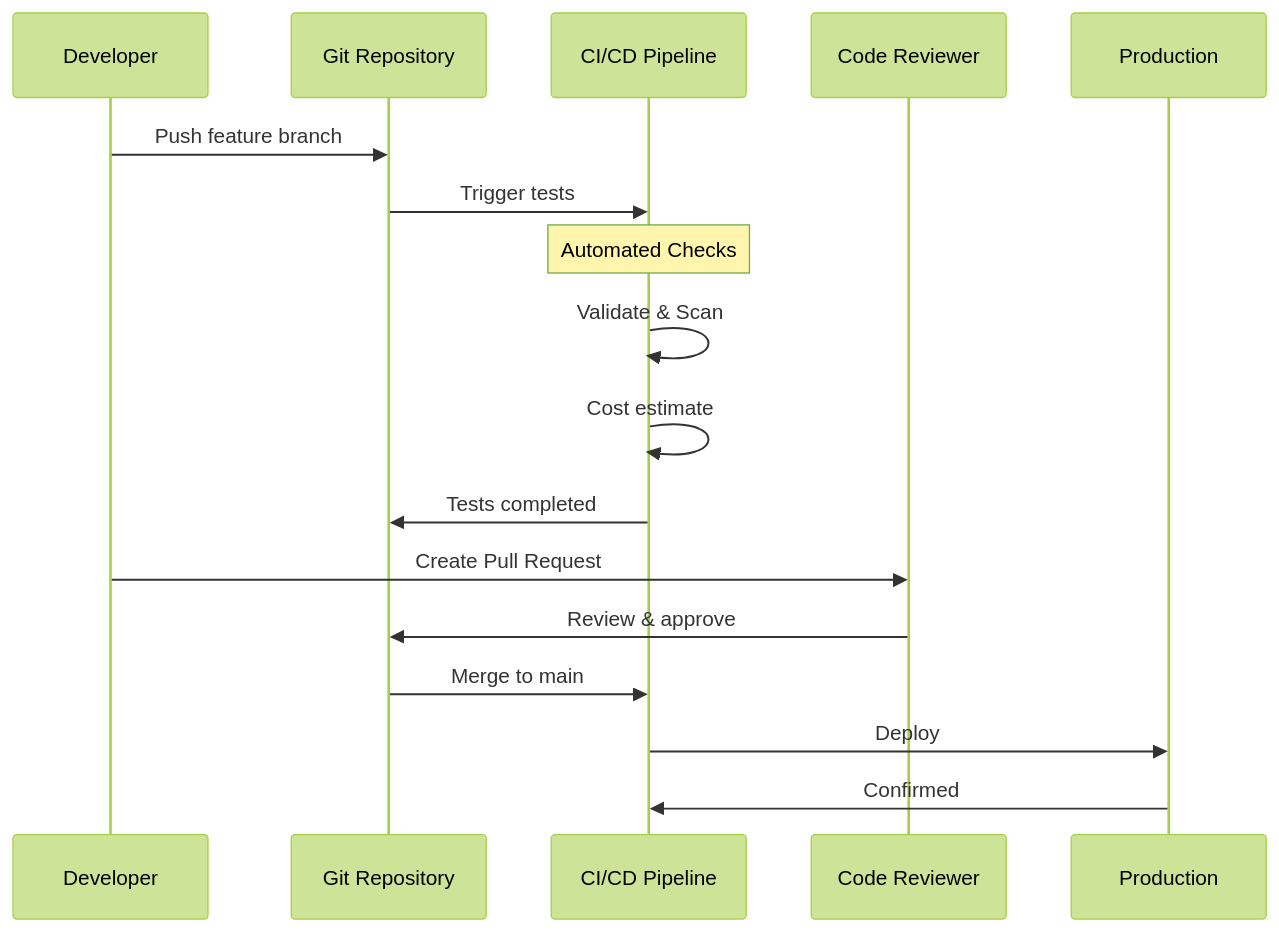
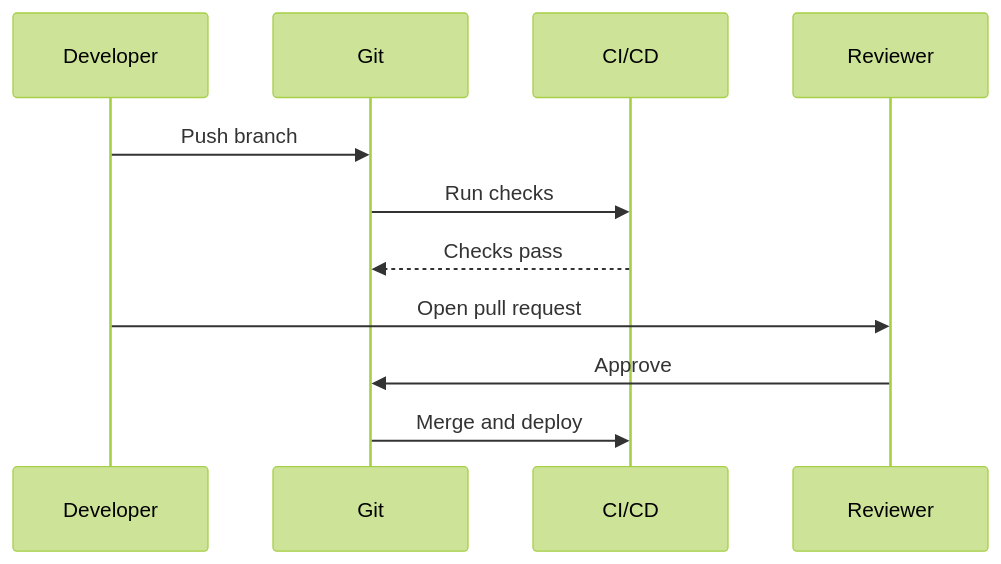
Before and after one commit to Geonitab/architecture_as_code: the diagram in docs/images/code_review_sequence.mmd, drawn with Mermaid (forest theme). The commit also changed 56 other files, not shown here.

First line of the commit message:
Make Mermaid figures legible: fewer elements, narrower, one message each

```diff
--- a/docs/images/code_review_sequence.mmd
+++ b/docs/images/code_review_sequence.mmd
@@ -1,22 +1,12 @@
 sequenceDiagram
     participant Dev as Developer
-    participant Git as Git Repository
-    participant CI as CI/CD Pipeline
-    participant Rev as Code Reviewer
-    participant Prod as Production
-    
-    Dev->>Git: Push feature branch
-    Git->>CI: Trigger tests
-    
-    Note over CI: Automated Checks
-    CI->>CI: Validate & Scan
-    CI->>CI: Cost estimate
-    
-    CI->>Git: Tests completed
-    Dev->>Rev: Create Pull Request
-    
-    Rev->>Git: Review & approve
-    
-    Git->>CI: Merge to main
-    CI->>Prod: Deploy
-    Prod->>CI: Confirmed
+    participant Git as Git
+    participant CI as CI/CD
+    participant Rev as Reviewer
+
+    Dev->>Git: Push branch
+    Git->>CI: Run checks
+    CI-->>Git: Checks pass
+    Dev->>Rev: Open pull request
+    Rev->>Git: Approve
+    Git->>CI: Merge and deploy
```
